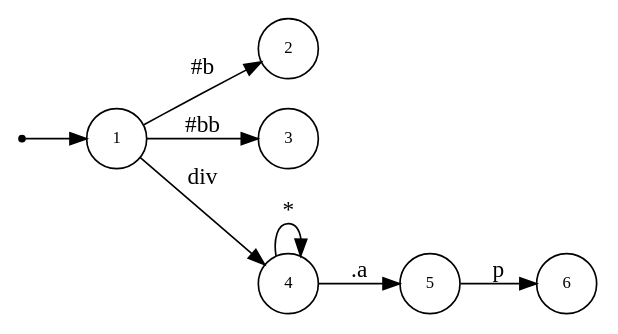
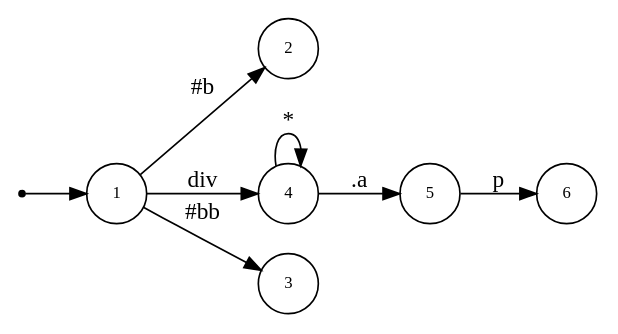
One commit to asukaminato0721/css-bitvector-compiler changed the diagram in css-gen-op/testcase/dot_tri.dot. Above: the diagram before and after it, drawn with Graphviz. The commit also changed other lines of this file and 20 other files, not shown here.

```diff
--- a/css-gen-op/testcase/dot_tri.dot
+++ b/css-gen-op/testcase/dot_tri.dot
@@ -1,19 +1,19 @@
 digraph NFA {
   rankdir=LR;
   node [shape=circle, fontsize=10];
   __start [shape=point, label=""];
   __start -> 1;
   2 [label="2"];
+  1 [label="1"];
+  4 [label="4"];
+  6 [label="6"];
+  5 [label="5"];
   3 [label="3"];
-  4 [label="4"];
-  1 [label="1"];
-  5 [label="5"];
-  6 [label="6"];
   { node [shape=doublecircle]; 2 3 6 }
   1 -> 2 [label="#b"];
   1 -> 3 [label="#bb"];
   1 -> 4 [label="div"];
   4 -> 4 [label="*"];
   4 -> 5 [label=".a"];
   5 -> 6 [label="p"];
 }
```
